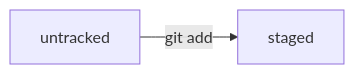
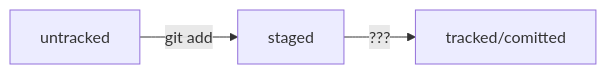
One commit to MargaritaMikhailova/practic1 changed the diagram in README.md. Above: the diagram before and after it, drawn with Mermaid.

Commit message:
update README.md in HEAD name

````diff
--- a/README.md
+++ b/README.md
@@ -115,5 +115,6 @@
 ``` mermaid
 graph LR;
   untracked -- "git add" --> staged;
-  staged  
+  staged    -- "???"     --> tracked/comitted;
+
 ```
````
